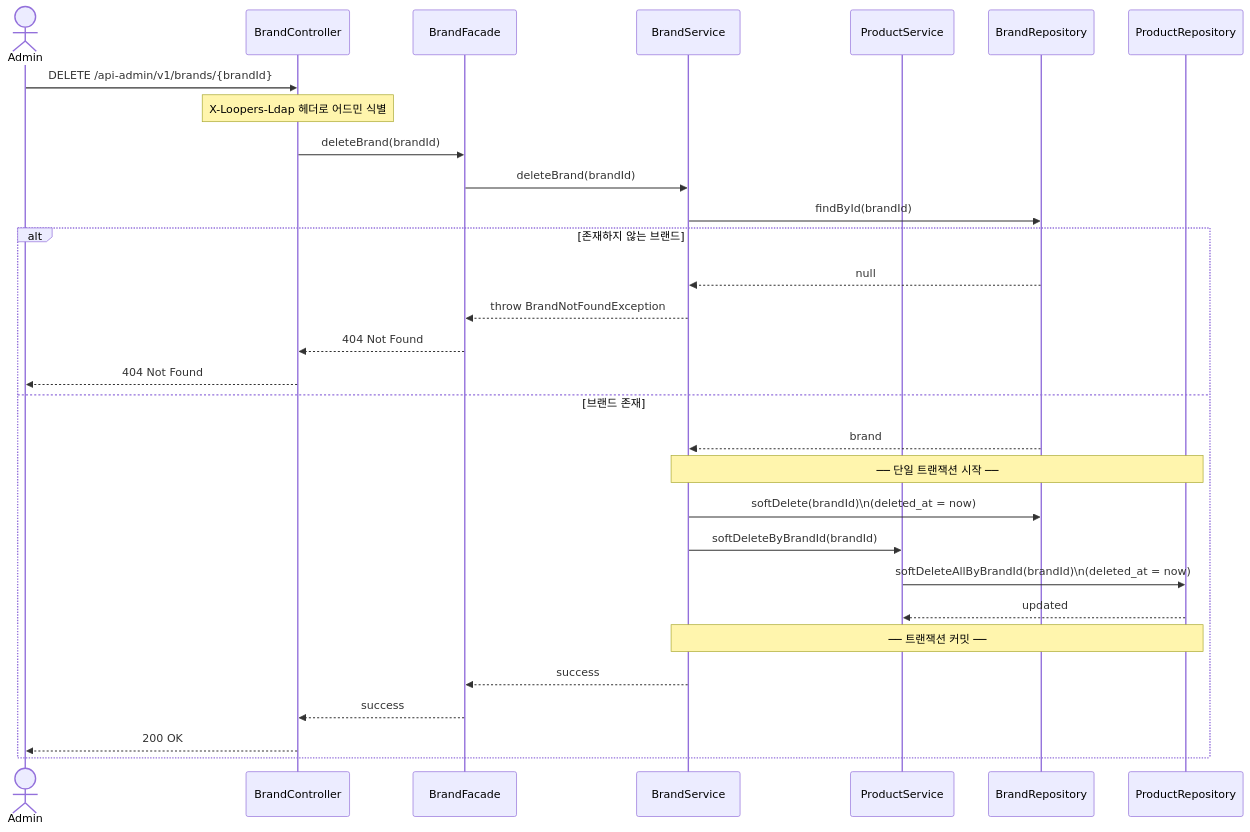
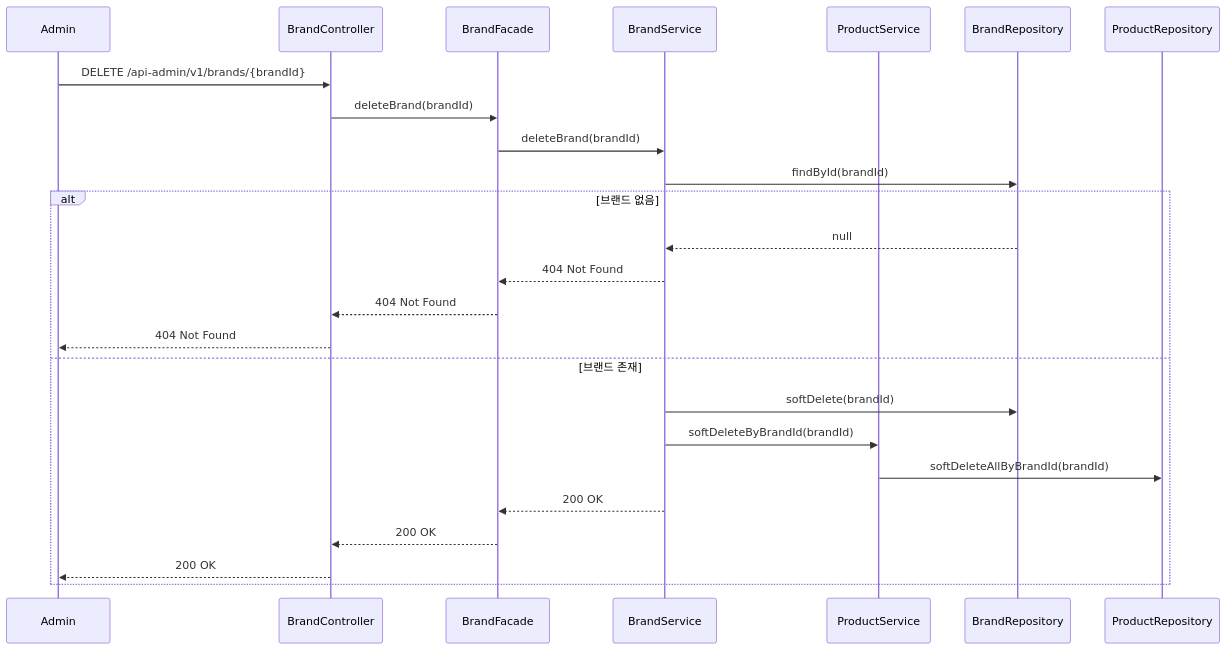
The third of 3 diagrams in docs/week2/02-sequence-diagrams.md (loopers-labs/loop-pack-be-l2-vol4-java), drawn with Mermaid before and after one commit. The commit also changed other lines of this file, not shown here.

Commit message:
docs: 시퀀스 다이어그램 Facade 패턴 반영 및 구조 간결화

````diff
--- a/docs/week2/02-sequence-diagrams.md
+++ b/docs/week2/02-sequence-diagrams.md
@@ -145,41 +91,29 @@
 ```mermaid
 sequenceDiagram
-    actor Admin
-    participant Controller as BrandController
-    participant Facade as BrandFacade
-    participant BrandSvc as BrandService
-    participant ProductSvc as ProductService
-    participant BrandRepo as BrandRepository
-    participant ProductRepo as ProductRepository
+    participant Admin
+    participant BrandController
+    participant BrandFacade
+    participant BrandService
+    participant ProductService
+    participant BrandRepository
+    participant ProductRepository
 
-    Admin->>Controller: DELETE /api-admin/v1/brands/{brandId}
-    Note over Controller: X-Loopers-Ldap 헤더로 어드민 식별
+    Admin->>BrandController: DELETE /api-admin/v1/brands/{brandId}
+    BrandController->>BrandFacade: deleteBrand(brandId)
+    BrandFacade->>BrandService: deleteBrand(brandId)
+    BrandService->>BrandRepository: findById(brandId)
 
-    Controller->>Facade: deleteBrand(brandId)
-
-    Facade->>BrandSvc: deleteBrand(brandId)
-    BrandSvc->>BrandRepo: findById(brandId)
-
-    alt 존재하지 않는 브랜드
-        BrandRepo-->>BrandSvc: null
-        BrandSvc-->>Facade: throw BrandNotFoundException
-        Facade-->>Controller: 404 Not Found
-        Controller-->>Admin: 404 Not Found
+    alt 브랜드 없음
+        BrandRepository-->>BrandService: null
+        BrandService-->>BrandFacade: 404 Not Found
+        BrandFacade-->>BrandController: 404 Not Found
+        BrandController-->>Admin: 404 Not Found
     else 브랜드 존재
-        BrandRepo-->>BrandSvc: brand
-
-        Note over BrandSvc,ProductRepo: ── 단일 트랜잭션 시작 ──
-
-        BrandSvc->>BrandRepo: softDelete(brandId)\n(deleted_at = now)
-
-        BrandSvc->>ProductSvc: softDeleteByBrandId(brandId)
-        ProductSvc->>ProductRepo: softDeleteAllByBrandId(brandId)\n(deleted_at = now)
-        ProductRepo-->>ProductSvc: updated
-
-        Note over BrandSvc,ProductRepo: ── 트랜잭션 커밋 ──
-
-        BrandSvc-->>Facade: success
-        Facade-->>Controller: success
-        Controller-->>Admin: 200 OK
+        BrandService->>BrandRepository: softDelete(brandId)
+        BrandService->>ProductService: softDeleteByBrandId(brandId)
+        ProductService->>ProductRepository: softDeleteAllByBrandId(brandId)
+        BrandService-->>BrandFacade: 200 OK
+        BrandFacade-->>BrandController: 200 OK
+        BrandController-->>Admin: 200 OK
     end
 ```
````
